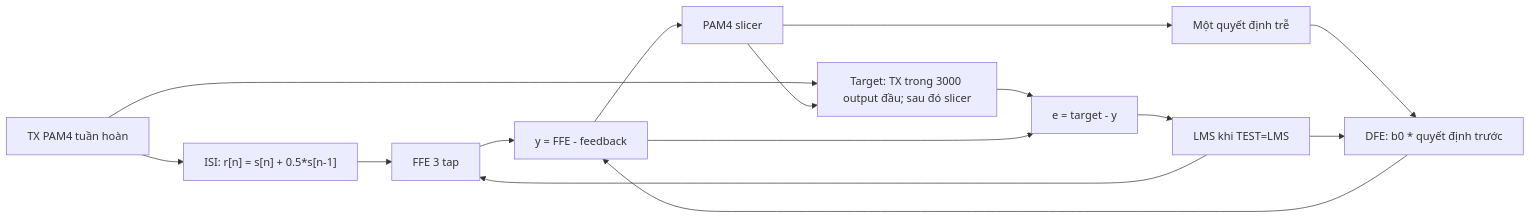
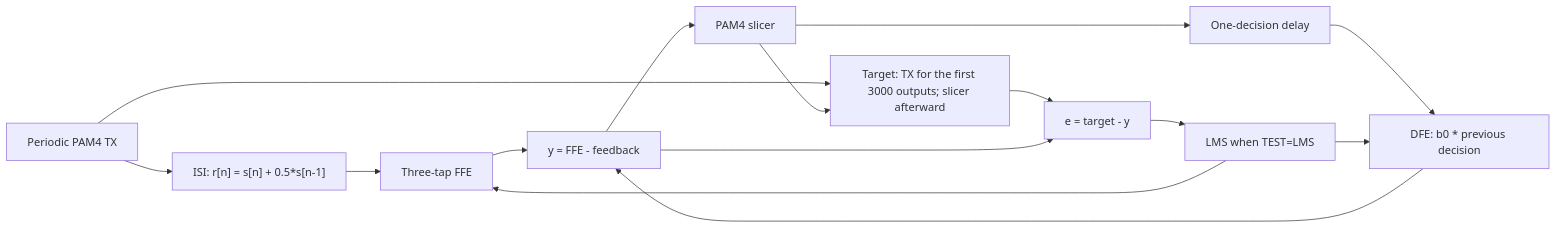
Before and after one commit to thocaptain/ADAPTIVE_FILTER: the second of 3 diagrams in 02_test/eq_independent/README.md, drawn with Mermaid. The commit also changed other lines of this file and 2 other files, not shown here.

Commit message:
Translate FFE/DFE test documentation into English

````diff
--- a/02_test/eq_independent/README.md
+++ b/02_test/eq_independent/README.md
@@ -117,17 +117,17 @@
 ```mermaid
 flowchart LR
-    TX["TX PAM4 tuần hoàn"] --> CH["ISI: r[n] = s[n] + 0.5*s[n-1]"]
-    CH --> FF["FFE 3 tap"]
+    TX["Periodic PAM4 TX"] --> CH["ISI: r[n] = s[n] + 0.5*s[n-1]"]
+    CH --> FF["Three-tap FFE"]
     FF --> SUB["y = FFE - feedback"]
     SUB --> SL["PAM4 slicer"]
-    SL --> Z["Một quyết định trễ"]
-    Z --> DF["DFE: b0 * quyết định trước"]
+    SL --> Z["One-decision delay"]
+    Z --> DF["DFE: b0 * previous decision"]
     DF --> SUB
-    TX --> TR["Target: TX trong 3000 output đầu; sau đó slicer"]
+    TX --> TR["Target: TX for the first 3000 outputs; slicer afterward"]
     SL --> TR
     TR --> ER["e = target - y"]
     SUB --> ER
-    ER --> LMS["LMS khi TEST=LMS"]
+    ER --> LMS["LMS when TEST=LMS"]
     LMS --> FF
     LMS --> DF
 ```
````
